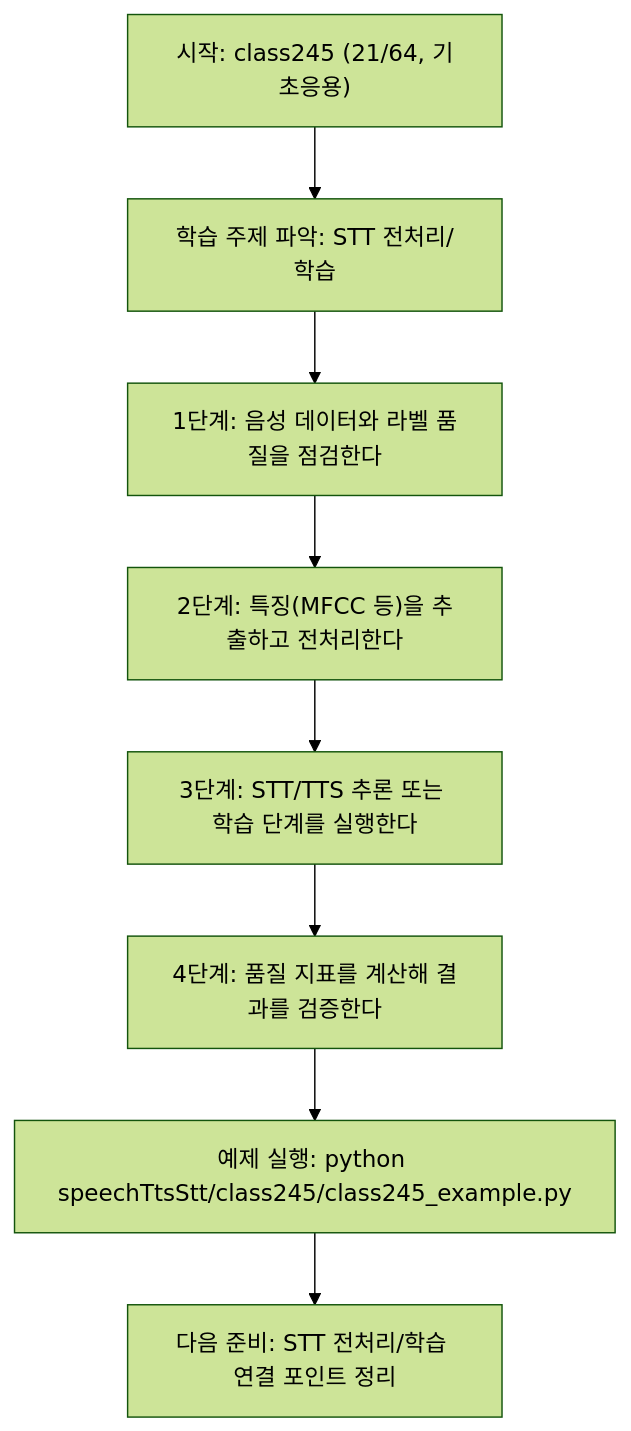
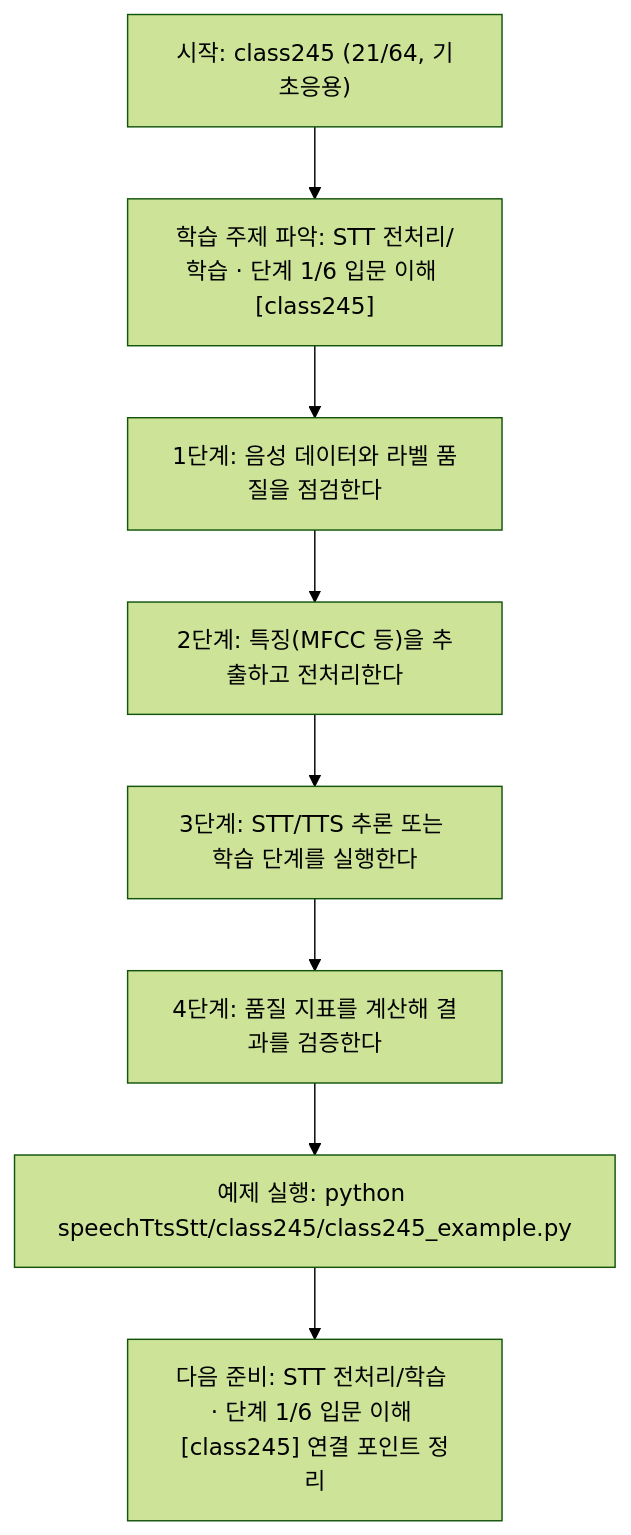
The diagram in speechTtsStt/class245/class245.md (edumgt/Python-AI_Agent-Class), drawn with Mermaid (forest theme) before and after one commit. The commit also changed other lines of this file and 522 other files, not shown here.

````diff
--- a/speechTtsStt/class245/class245.md
+++ b/speechTtsStt/class245/class245.md
@@ -113,18 +114,18 @@
 ```mermaid
 flowchart TD
 N1["시작: class245 (21/64, 기초응용)"]
-N2["학습 주제 파악: STT 전처리/학습"]
+N2["학습 주제 파악: STT 전처리/학습 · 단계 1/6 입문 이해 [class245]"]
 N3["1단계: 음성 데이터와 라벨 품질을 점검한다"]
 N4["2단계: 특징(MFCC 등)을 추출하고 전처리한다"]
 N5["3단계: STT/TTS 추론 또는 학습 단계를 실행한다"]
 N6["4단계: 품질 지표를 계산해 결과를 검증한다"]
 N7["예제 실행: python speechTtsStt/class245/class245_example.py"]
-N8["다음 준비: STT 전처리/학습 연결 포인트 정리"]
+N8["다음 준비: STT 전처리/학습 · 단계 1/6 입문 이해 [class245] 연결 포인트 정리"]
 N1 --> N2
 N2 --> N3
 N3 --> N4
 N4 --> N5
 N5 --> N6
 N6 --> N7
 N7 --> N8
 ```
````
